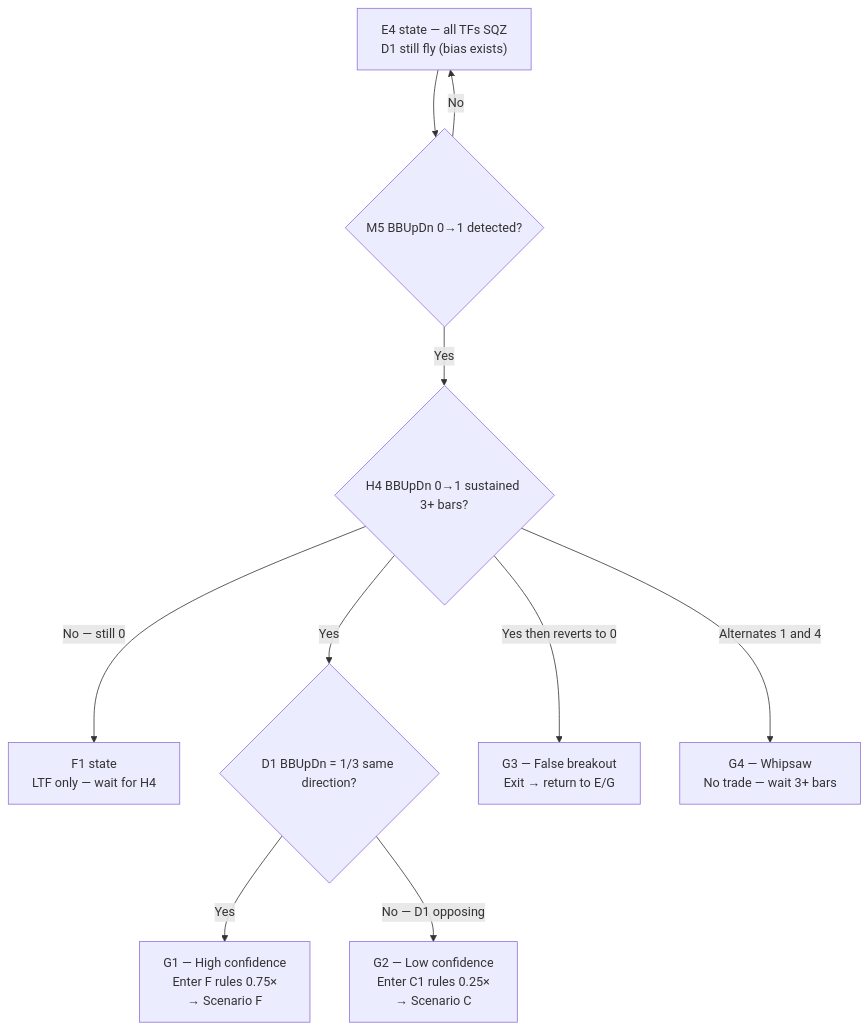
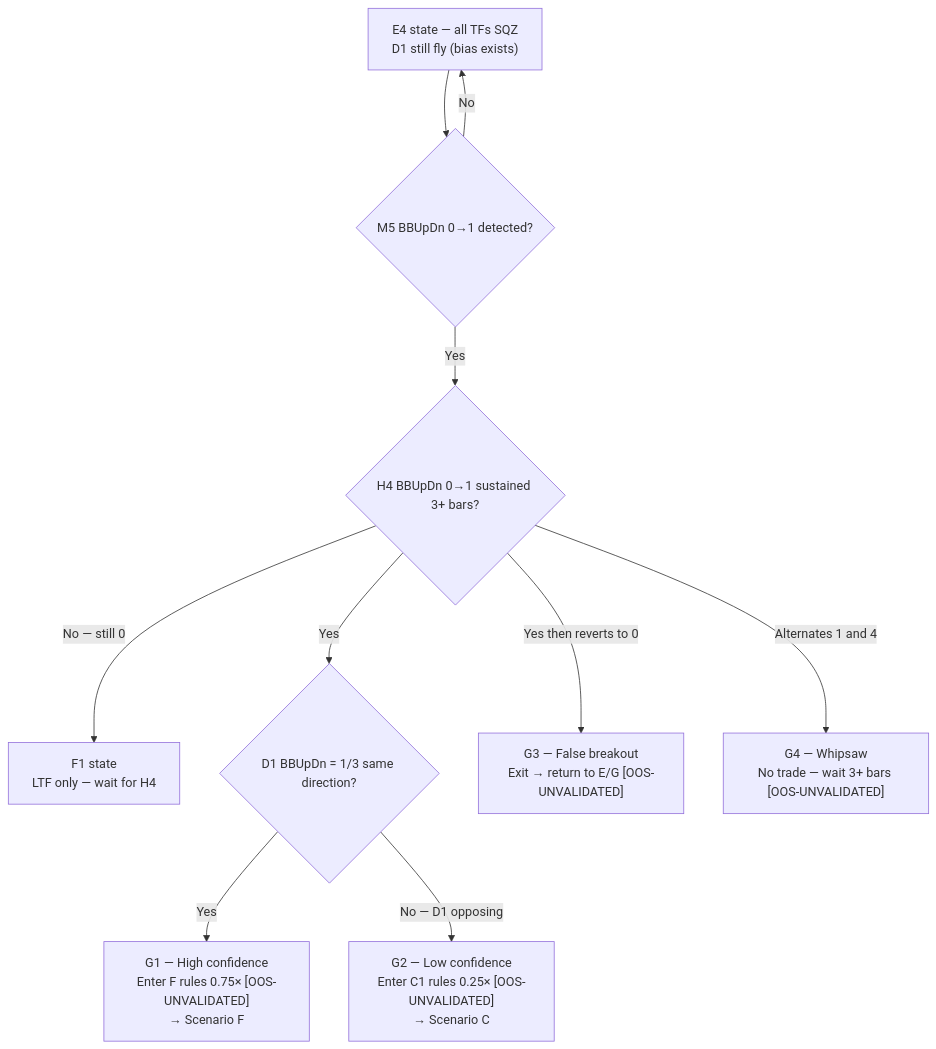
Diagram 30 of 30 in references/backtest_chart_analysis.md (Terrypang89/BB_MTF_M15_STRATEGY), drawn with Mermaid before and after one commit. The commit also changed other lines of this file, not shown here.

Commit message:
Add sub-state identification flowcharts (A/B/E validated, C/F/G flagged OOS-pending) — additive, no rule changes

````diff
--- a/references/backtest_chart_analysis.md
+++ b/references/backtest_chart_analysis.md
@@ -3864,13 +3923,13 @@
 ```mermaid
 flowchart TD
     A["E4 state — all TFs SQZ\nD1 still fly (bias exists)"]
     A --> B{"M5 BBUpDn 0→1 detected?"}
     B -->|No| A
     B -->|Yes| C{"H4 BBUpDn 0→1 sustained 3+ bars?"}
     C -->|No — still 0| D["F1 state\nLTF only — wait for H4"]
     C -->|Yes| E{"D1 BBUpDn = 1/3 same direction?"}
-    E -->|Yes| F["G1 — High confidence\nEnter F rules 0.75×\n→ Scenario F"]
-    E -->|No — D1 opposing| G_node["G2 — Low confidence\nEnter C1 rules 0.25×\n→ Scenario C"]
-    C -->|Yes then reverts to 0| H_node["G3 — False breakout\nExit → return to E/G"]
-    C -->|Alternates 1 and 4| I_node["G4 — Whipsaw\nNo trade — wait 3+ bars"]
+    E -->|Yes| F["G1 — High confidence\nEnter F rules 0.75× [OOS-UNVALIDATED]\n→ Scenario F"]
+    E -->|No — D1 opposing| G_node["G2 — Low confidence\nEnter C1 rules 0.25× [OOS-UNVALIDATED]\n→ Scenario C"]
+    C -->|Yes then reverts to 0| H_node["G3 — False breakout\nExit → return to E/G [OOS-UNVALIDATED]"]
+    C -->|Alternates 1 and 4| I_node["G4 — Whipsaw\nNo trade — wait 3+ bars [OOS-UNVALIDATED]"]
 ```
````
